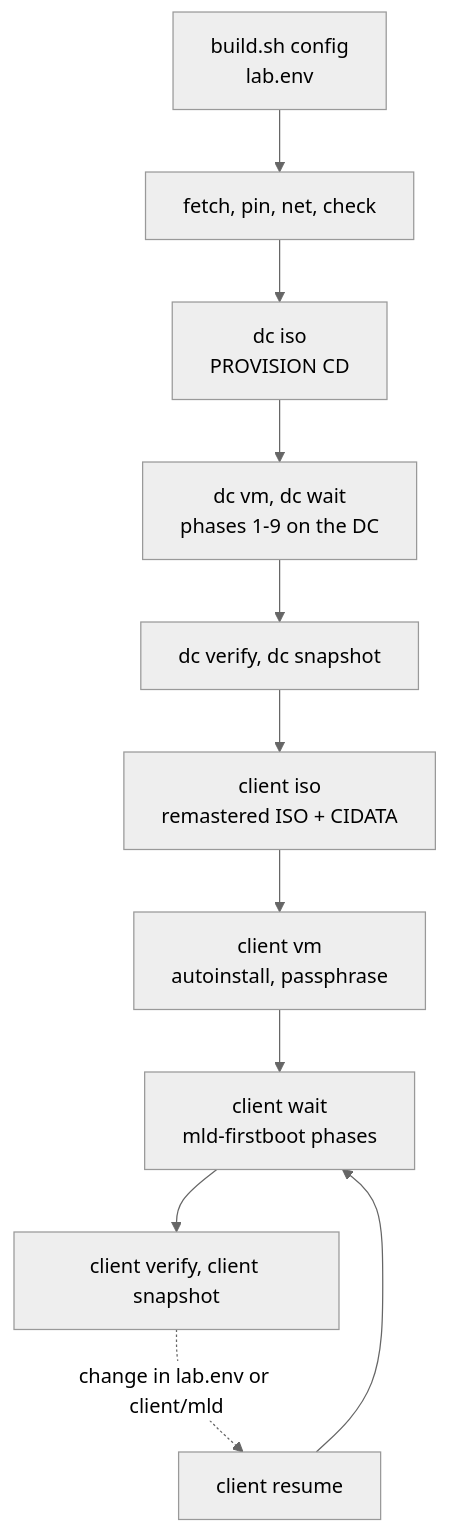
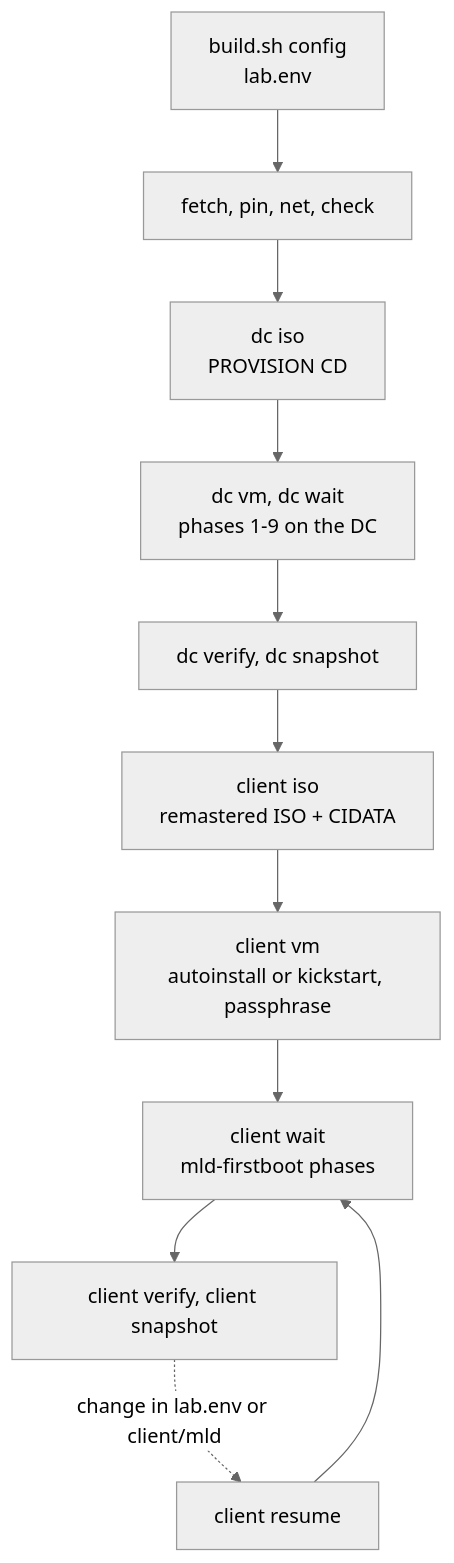
One commit to arminfelder/managed-linux-desktop changed the second of 2 diagrams in README.md. Above: the diagram before and after it, drawn with Mermaid (neutral theme). The commit also changed other lines of this file and 100 other files, not shown here.

````diff
--- a/README.md
+++ b/README.md
@@ -68,7 +70,7 @@
 ```mermaid
 flowchart TD
     cfg["build.sh config<br/>lab.env"] --> fetch["fetch, pin, net, check"]
     fetch --> dciso["dc iso<br/>PROVISION CD"] --> dcvm["dc vm, dc wait<br/>phases 1-9 on the DC"] --> dcv["dc verify, dc snapshot"]
-    dcv --> ciso["client iso<br/>remastered ISO + CIDATA"] --> cvm["client vm<br/>autoinstall, passphrase"] --> cwait["client wait<br/>mld-firstboot phases"] --> cv["client verify, client snapshot"]
+    dcv --> ciso["client iso<br/>remastered ISO + CIDATA"] --> cvm["client vm<br/>autoinstall or kickstart, passphrase"] --> cwait["client wait<br/>mld-firstboot phases"] --> cv["client verify, client snapshot"]
     cv -. "change in lab.env or client/mld" .-> resume["client resume"] --> cwait
 ```
````
